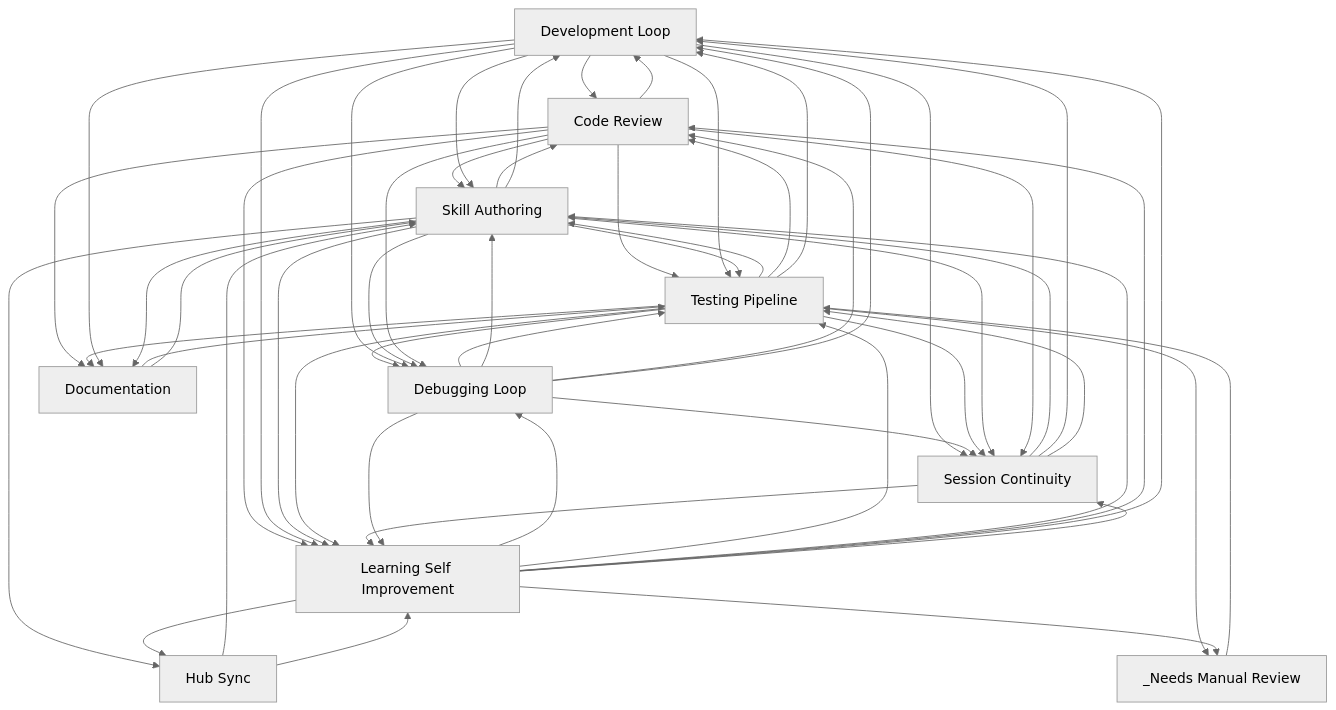
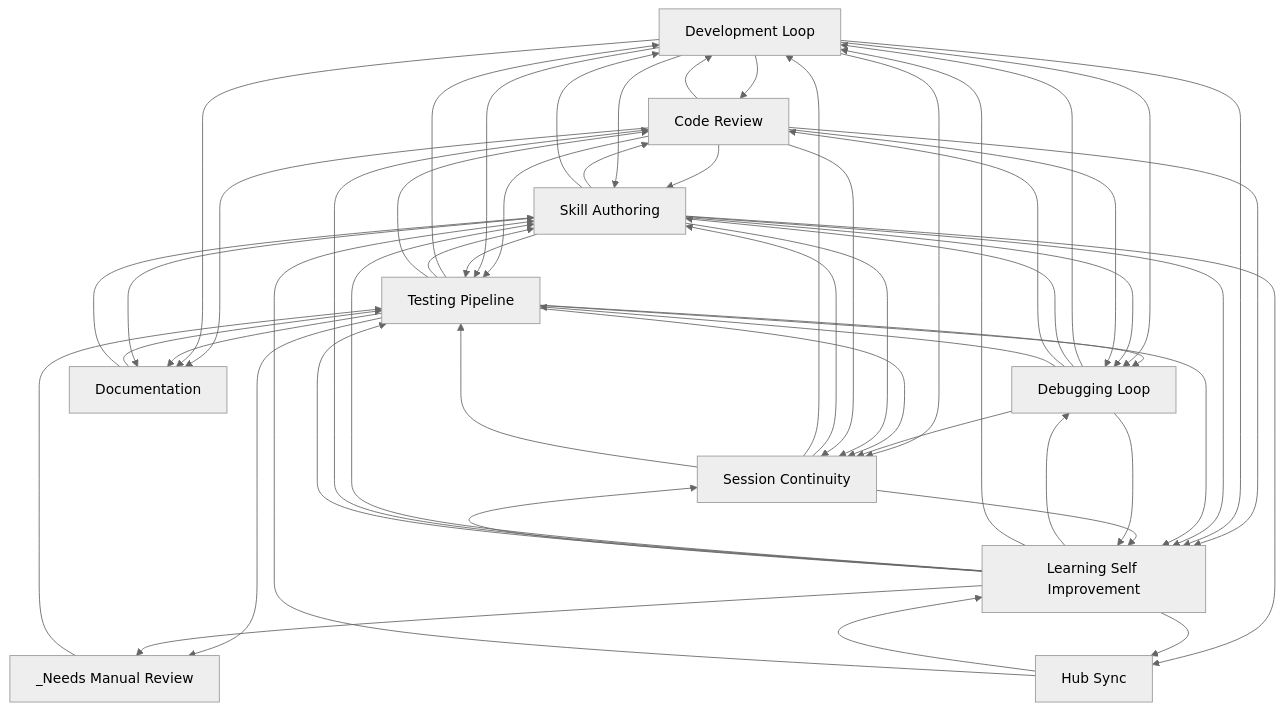
The diagram in docs/workflows/INDEX.md (abhayla/claude-best-practices), drawn with Mermaid (neutral theme) before and after one commit. The commit also changed other lines of this file and 12 other files, not shown here.

````diff
--- a/docs/workflows/INDEX.md
+++ b/docs/workflows/INDEX.md
@@ -22,66 +22,66 @@
 ```mermaid
 graph TD
     development_loop[Development Loop]
     testing_pipeline[Testing Pipeline]
     debugging_loop[Debugging Loop]
     learning_self_improvement[Learning Self Improvement]
     session_continuity[Session Continuity]
     skill_authoring[Skill Authoring]
     code_review[Code Review]
     documentation[Documentation]
     hub_sync[Hub Sync]
     _needs_manual_review[_Needs Manual Review]
     documentation --> testing_pipeline
     documentation --> skill_authoring
     code_review --> development_loop
     code_review --> skill_authoring
     development_loop --> code_review
     development_loop --> skill_authoring
     code_review --> testing_pipeline
     code_review --> learning_self_improvement
     development_loop --> testing_pipeline
     development_loop --> learning_self_improvement
     testing_pipeline --> debugging_loop
+    testing_pipeline --> development_loop
     testing_pipeline --> skill_authoring
     testing_pipeline --> code_review
-    testing_pipeline --> development_loop
-    debugging_loop --> testing_pipeline
+    debugging_loop --> development_loop
     debugging_loop --> skill_authoring
     debugging_loop --> code_review
-    debugging_loop --> development_loop
+    debugging_loop --> testing_pipeline
     development_loop --> debugging_loop
     skill_authoring --> code_review
     skill_authoring --> development_loop
     skill_authoring --> testing_pipeline
     skill_authoring --> learning_self_improvement
     code_review --> documentation
+    development_loop --> documentation
     testing_pipeline --> documentation
-    development_loop --> documentation
     development_loop --> session_continuity
     testing_pipeline --> _needs_manual_review
     debugging_loop --> session_continuity
     testing_pipeline --> session_continuity
     skill_authoring --> session_continuity
     skill_authoring --> debugging_loop
     learning_self_improvement --> debugging_loop
-    learning_self_improvement --> testing_pipeline
+    learning_self_improvement --> development_loop
     learning_self_improvement --> skill_authoring
     learning_self_improvement --> code_review
-    learning_self_improvement --> development_loop
+    learning_self_improvement --> testing_pipeline
     code_review --> debugging_loop
+    code_review --> session_continuity
     testing_pipeline --> learning_self_improvement
-    code_review --> session_continuity
     learning_self_improvement --> session_continuity
+    session_continuity --> learning_self_improvement
     session_continuity --> skill_authoring
-    session_continuity --> learning_self_improvement
     session_continuity --> development_loop
     session_continuity --> testing_pipeline
     _needs_manual_review --> testing_pipeline
     skill_authoring --> hub_sync
     debugging_loop --> learning_self_improvement
     learning_self_improvement --> hub_sync
     learning_self_improvement --> _needs_manual_review
+    hub_sync --> learning_self_improvement
     hub_sync --> skill_authoring
-    hub_sync --> learning_self_improvement
     skill_authoring --> documentation
 ```
````
